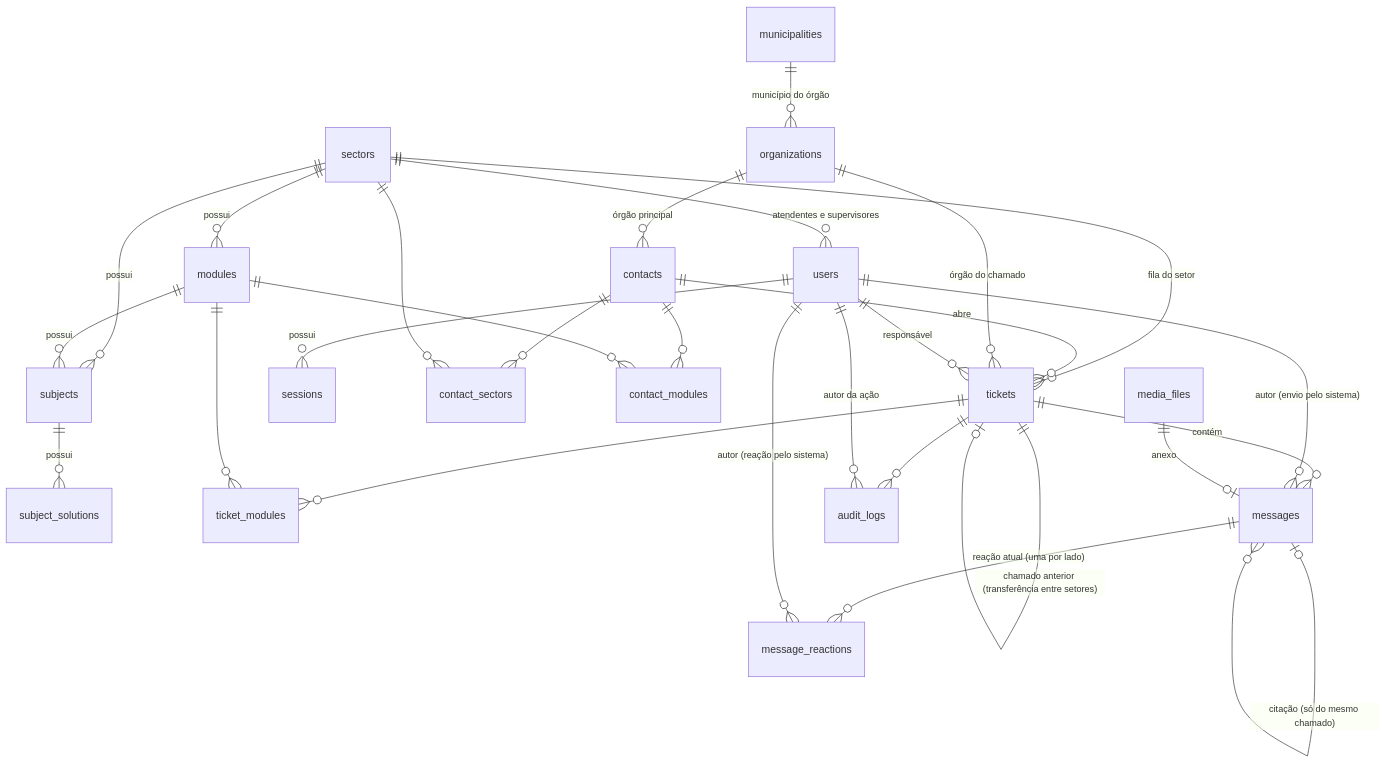
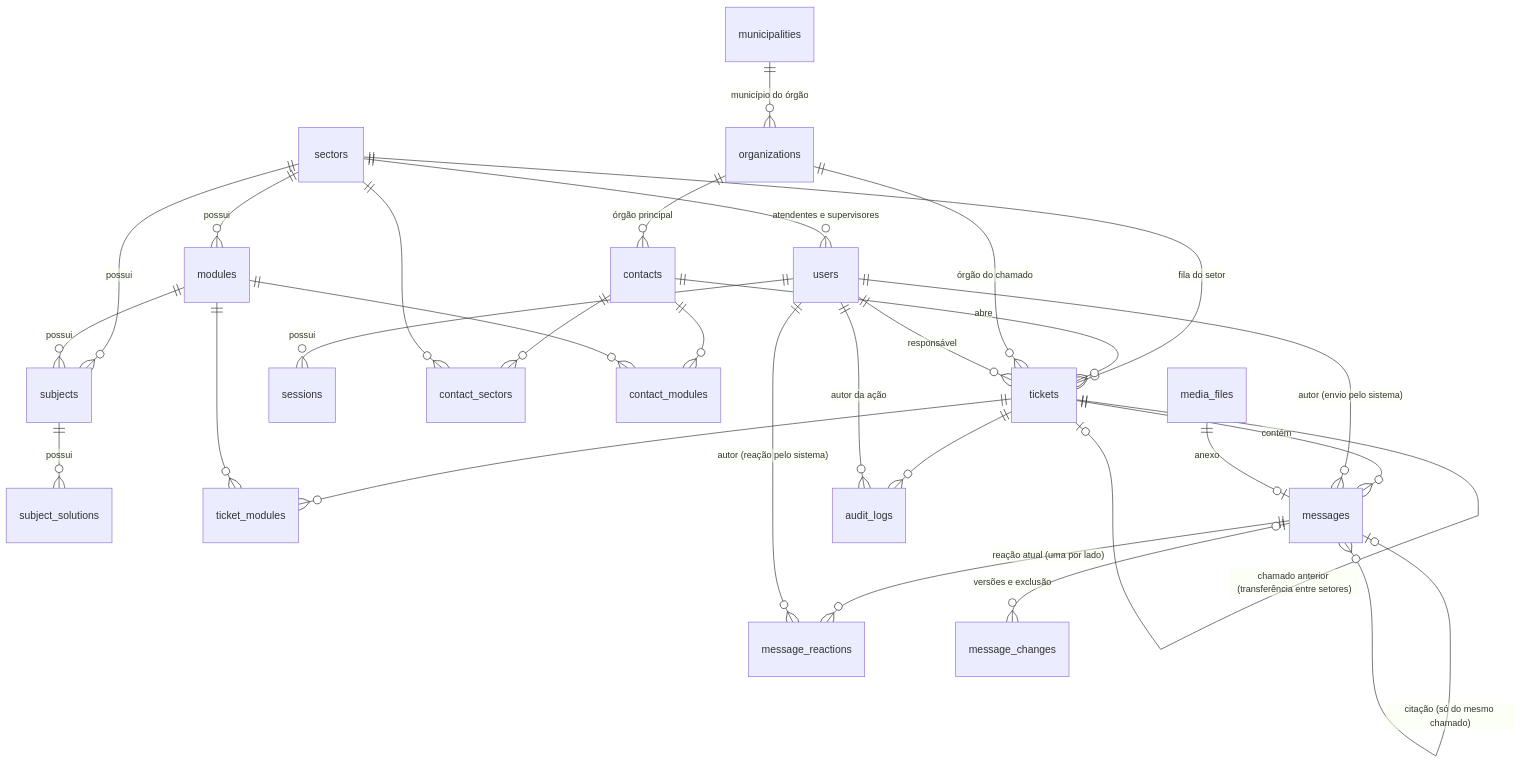
The first of 2 diagrams in docs/data-model.md (gcaspp-labs/xet), drawn with Mermaid before and after one commit. The commit also changed other lines of this file and 2 other files, not shown here.

Commit message:
docs: edição e exclusão de mensagens (#291, spec #290)

````diff
--- a/docs/data-model.md
+++ b/docs/data-model.md
@@ -24,30 +24,31 @@
 ```mermaid
 erDiagram
     sectors ||--o{ users : "atendentes e supervisores"
     sectors ||--o{ modules : possui
     sectors ||--o{ tickets : "fila do setor"
     sectors ||--o{ subjects : possui
     modules ||--o{ subjects : possui
     subjects ||--o{ subject_solutions : possui
     users ||--o{ sessions : possui
     municipalities ||--o{ organizations : "município do órgão"
     organizations ||--o{ contacts : "órgão principal"
     contacts ||--o{ tickets : abre
     contacts ||--o{ contact_sectors : ""
     sectors ||--o{ contact_sectors : ""
     contacts ||--o{ contact_modules : ""
     modules ||--o{ contact_modules : ""
     organizations ||--o{ tickets : "órgão do chamado"
     users ||--o{ tickets : "responsável"
     tickets ||--o| tickets : "chamado anterior (transferência entre setores)"
     tickets ||--o{ ticket_modules : ""
     modules ||--o{ ticket_modules : ""
     tickets ||--o{ messages : contém
     users ||--o{ messages : "autor (envio pelo sistema)"
     media_files ||--o| messages : anexo
     messages ||--o{ message_reactions : "reação atual (uma por lado)"
+    messages |o--o{ message_changes : "versões e exclusão"
     messages |o--o{ messages : "citação (só do mesmo chamado)"
     users ||--o{ message_reactions : "autor (reação pelo sistema)"
     tickets ||--o{ audit_logs : ""
     users ||--o{ audit_logs : "autor da ação"
 ```
````
